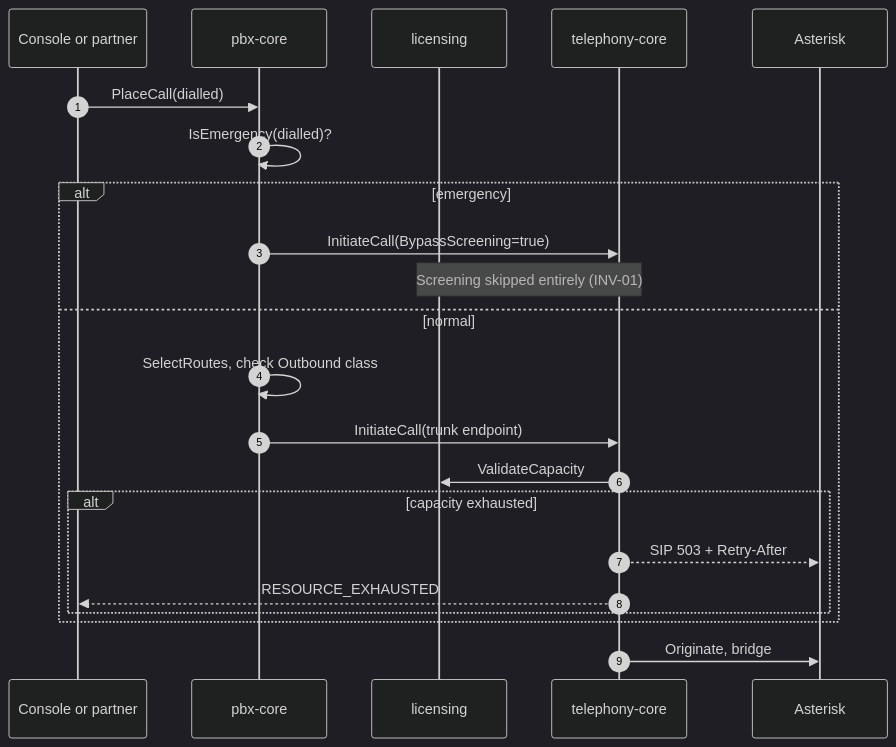
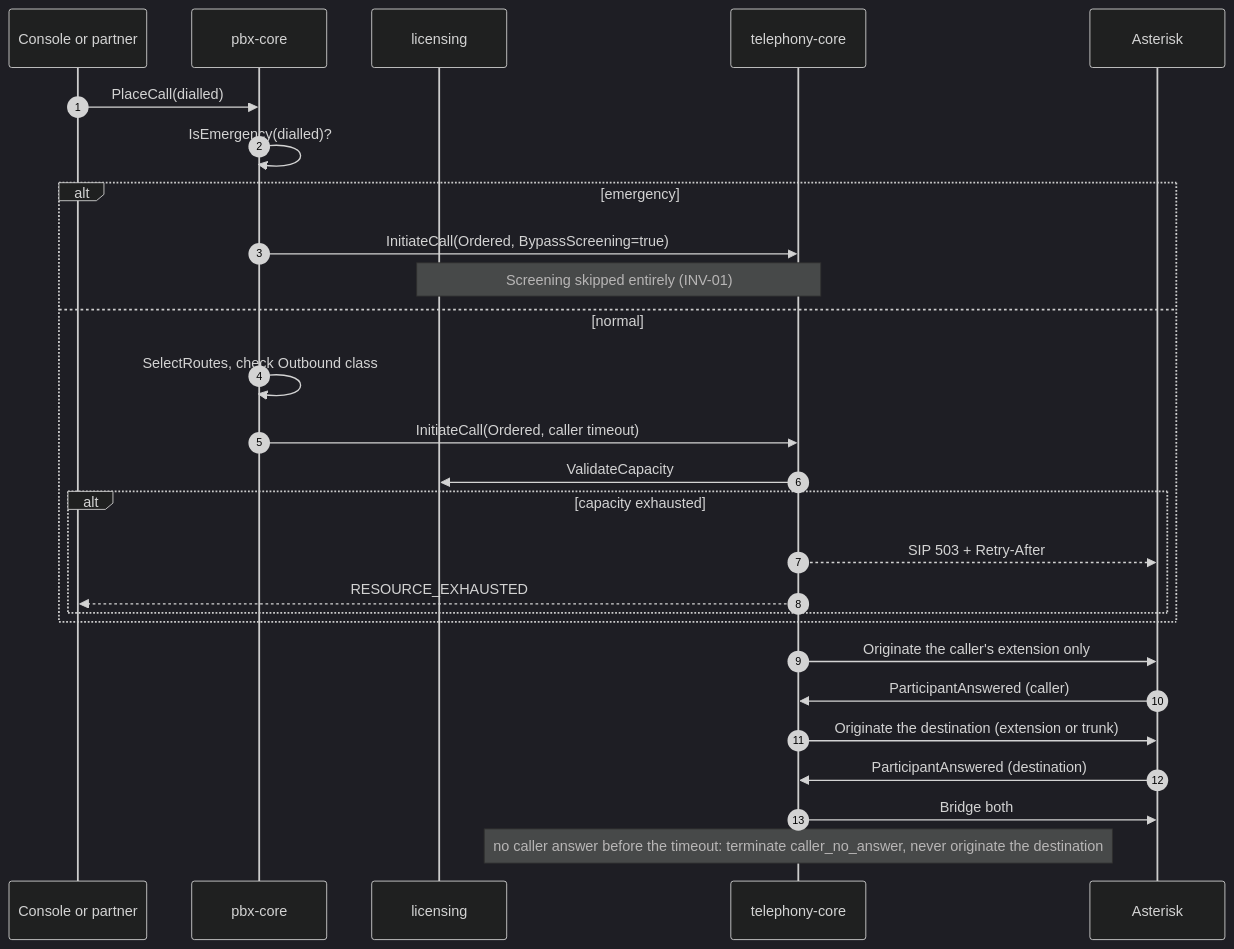
The second of 2 diagrams in docs/lld/LLD-03-pbx-core.md (Mbaapoh/atsap), drawn with Mermaid (dark theme) before and after one commit. The commit also changed other lines of this file and 11 other files, not shown here.

````diff
--- a/docs/lld/LLD-03-pbx-core.md
+++ b/docs/lld/LLD-03-pbx-core.md
@@ -846,25 +851,30 @@
 ```mermaid
 sequenceDiagram
     autonumber
     participant C as Console or partner
     participant PBX as pbx-core
     participant LIC as licensing
     participant TC as telephony-core
     participant AST as Asterisk
 
     C->>PBX: PlaceCall(dialled)
     PBX->>PBX: IsEmergency(dialled)?
     alt emergency
-        PBX->>TC: InitiateCall(BypassScreening=true)
+        PBX->>TC: InitiateCall(Ordered, BypassScreening=true)
         Note over TC,LIC: Screening skipped entirely (INV-01)
     else normal
         PBX->>PBX: SelectRoutes, check Outbound class
-        PBX->>TC: InitiateCall(trunk endpoint)
+        PBX->>TC: InitiateCall(Ordered, caller timeout)
         TC->>LIC: ValidateCapacity
         alt capacity exhausted
             TC-->>AST: SIP 503 + Retry-After
             TC-->>C: RESOURCE_EXHAUSTED
         end
     end
-    TC->>AST: Originate, bridge
+    TC->>AST: Originate the caller's extension only
+    AST->>TC: ParticipantAnswered (caller)
+    TC->>AST: Originate the destination (extension or trunk)
+    AST->>TC: ParticipantAnswered (destination)
+    TC->>AST: Bridge both
+    Note over TC: no caller answer before the timeout: terminate caller_no_answer, never originate the destination
 ```
````
